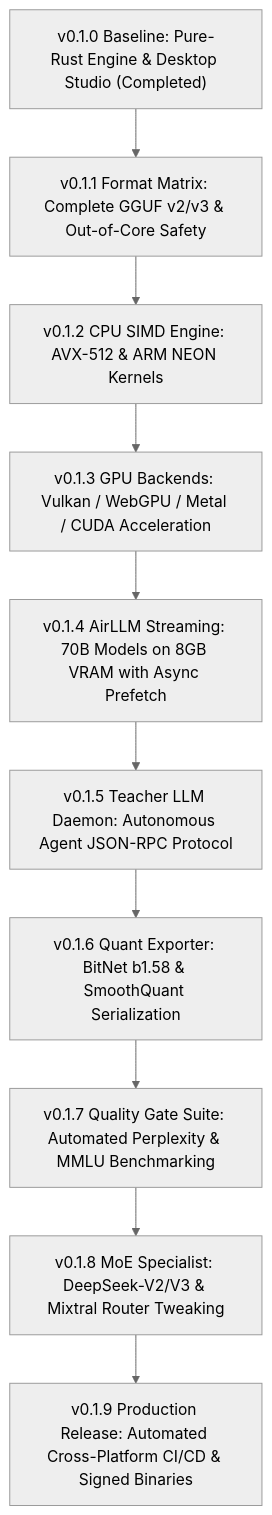
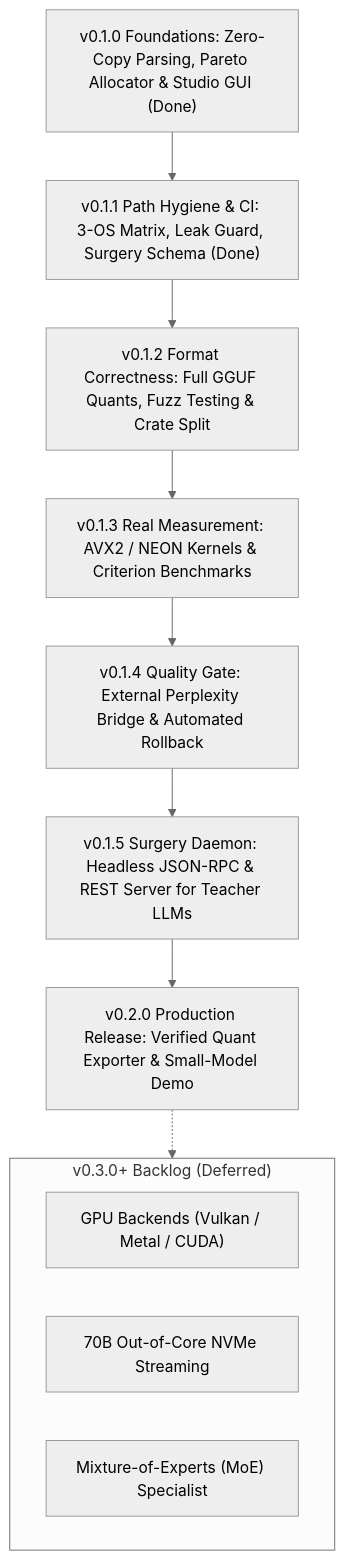
The diagram in README.md (EdEpiphanes/THME-Epiphanes), drawn with Mermaid (neutral theme) before and after one commit. The commit also changed other lines of this file and 34 other files, not shown here.

Commit message:
feat(release): finalize v0.1 milestone, establish CI matrix, roadmap, and v0.2 engineering backlog

````diff
--- a/README.md
+++ b/README.md
@@ -235,15 +239,20 @@
 ```mermaid
 flowchart TD
-    v010["v0.1.0 Baseline: Pure-Rust Engine & Desktop Studio (Completed)"]
-    v011["v0.1.1 Format Matrix: Complete GGUF v2/v3 & Out-of-Core Safety"]
-    v012["v0.1.2 CPU SIMD Engine: AVX-512 & ARM NEON Kernels"]
-    v013["v0.1.3 GPU Backends: Vulkan / WebGPU / Metal / CUDA Acceleration"]
-    v014["v0.1.4 AirLLM Streaming: 70B Models on 8GB VRAM with Async Prefetch"]
-    v015["v0.1.5 Teacher LLM Daemon: Autonomous Agent JSON-RPC Protocol"]
-    v016["v0.1.6 Quant Exporter: BitNet b1.58 & SmoothQuant Serialization"]
-    v017["v0.1.7 Quality Gate Suite: Automated Perplexity & MMLU Benchmarking"]
-    v018["v0.1.8 MoE Specialist: DeepSeek-V2/V3 & Mixtral Router Tweaking"]
-    v019["v0.1.9 Production Release: Automated Cross-Platform CI/CD & Signed Binaries"]
+    v010["v0.1.0 Foundations: Zero-Copy Parsing, Pareto Allocator & Studio GUI (Done)"]
+    v011["v0.1.1 Path Hygiene & CI: 3-OS Matrix, Leak Guard, Surgery Schema (Done)"]
+    v012["v0.1.2 Format Correctness: Full GGUF Quants, Fuzz Testing & Crate Split"]
+    v013["v0.1.3 Real Measurement: AVX2 / NEON Kernels & Criterion Benchmarks"]
+    v014["v0.1.4 Quality Gate: External Perplexity Bridge & Automated Rollback"]
+    v015["v0.1.5 Surgery Daemon: Headless JSON-RPC & REST Server for Teacher LLMs"]
+    v020["v0.2.0 Production Release: Verified Quant Exporter & Small-Model Demo"]
 
-    v010 --> v011 --> v012 --> v013 --> v014 --> v015 --> v016 --> v017 --> v018 --> v019
+    v010 --> v011 --> v012 --> v013 --> v014 --> v015 --> v020
+
+    subgraph Backlog_v03 ["v0.3.0+ Backlog (Deferred)"]
+        v031["GPU Backends (Vulkan / Metal / CUDA)"]
+        v032["70B Out-of-Core NVMe Streaming"]
+        v033["Mixture-of-Experts (MoE) Specialist"]
+    end
+
+    v020 -.-> Backlog_v03
 ```
````
